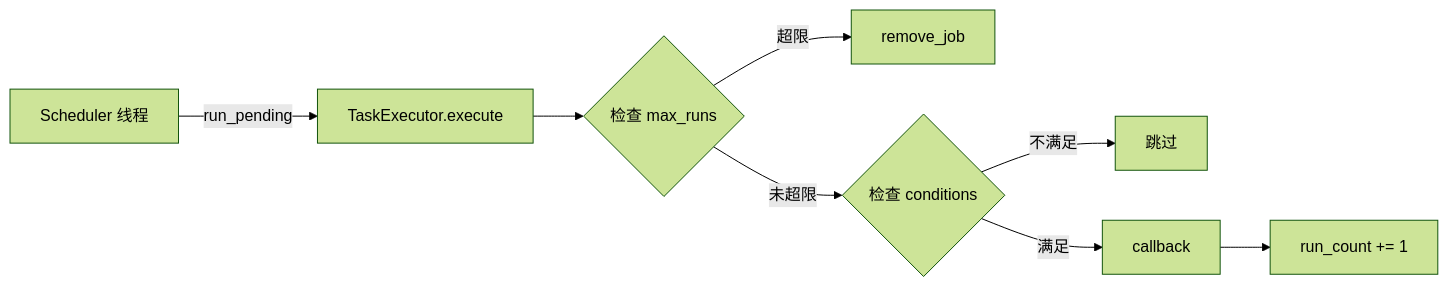
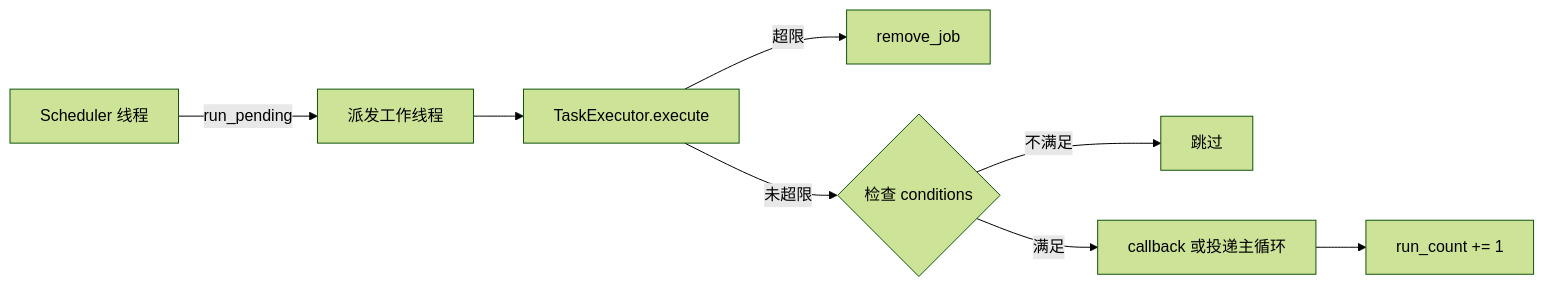
Before and after one commit to huan-yp/NcatBotDocs: the diagram in docs/notes/reference/6. 服务层/2. 配置任务服务.md, drawn with Mermaid (forest theme). The commit also changed other lines of this file, not shown here.

Commit message:
docs: 对于定时任务的描述

````diff
--- a/docs/notes/reference/6. 服务层/2. 配置任务服务.md
+++ b/docs/notes/reference/6. 服务层/2. 配置任务服务.md
@@ -74,10 +74,10 @@
 ```mermaid
 flowchart LR
-    A[Scheduler 线程] -->|run_pending| B[TaskExecutor.execute]
-    B --> C{检查 max_runs}
+    A[Scheduler 线程] -->|run_pending| B[派发工作线程]
+    B --> C[TaskExecutor.execute]
     C -->|超限| D[remove_job]
     C -->|未超限| E{检查 conditions}
     E -->|不满足| F[跳过]
-    E -->|满足| G[callback]
+    E -->|满足| G[callback 或投递主循环]
     G --> H[run_count += 1]
 ```
````
